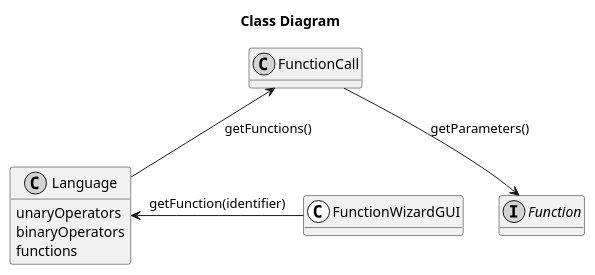
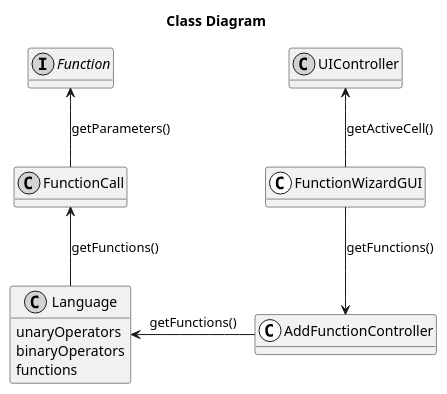
The diagram in src/main/java/lapr4/blue/s1/lang/n1140948/functionwizard/lang04.1_classDiagram.puml (PeFerreira98/ISEP.Lic.LAPR4_2017), drawn with PlantUML before and after one commit. The commit also changed 2 other files, not shown here.

Commit message:
LAPR4E17DL-121 #comment Design start and completion. Update to Diagram class and docs #time 1h

```diff
--- a/src/main/java/lapr4/blue/s1/lang/n1140948/functionwizard/lang04.1_classDiagram.puml
+++ b/src/main/java/lapr4/blue/s1/lang/n1140948/functionwizard/lang04.1_classDiagram.puml
@@ -1,29 +1,39 @@
 @startuml lang04.1_classDiagram.png
 
     skinparam monochrome true
     hide methods
 
     title Class Diagram
 
     class FunctionWizardGUI << (C, white) >>{
+    }
+
+    class AddFunctionController << (C, white) >>{
+    }
+
+    class UIController << (C, lightgray) >>{
     }
 
     interface Function << (I, lightgray) >>{
     }
 
     class Language << (C, lightgray) >>{
         unaryOperators
         binaryOperators
         functions
     }
 
     class FunctionCall << (C, lightgray) >>{
     }
 
-    FunctionCall --> Function : getParameters()
+    FunctionCall -up-> Function : getParameters()
 
     Language -up-> FunctionCall : getFunctions()
 
-    FunctionWizardGUI -left-> Language : getFunction(identifier)
+    AddFunctionController -left-> Language : getFunctions()
+
+    FunctionWizardGUI -down-> AddFunctionController: getFunctions()
+
+    FunctionWizardGUI -up-> UIController: getActiveCell()
 
 @enduml
```
